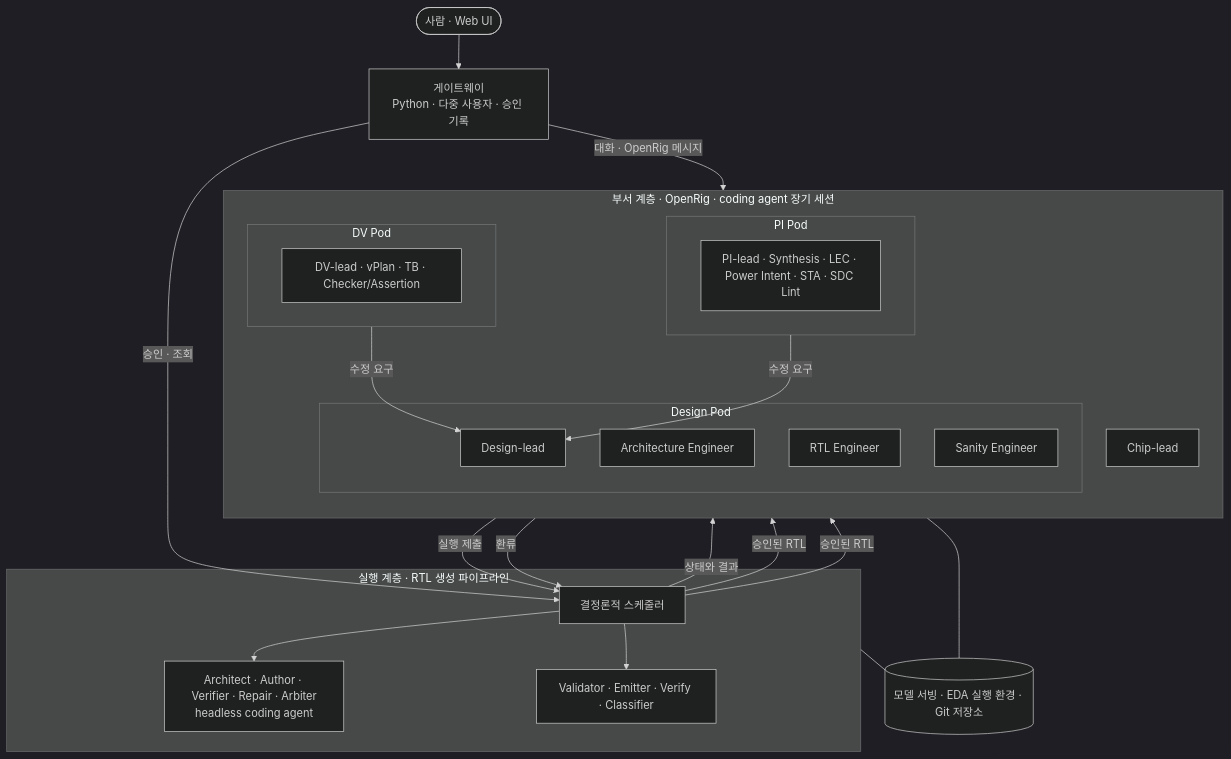
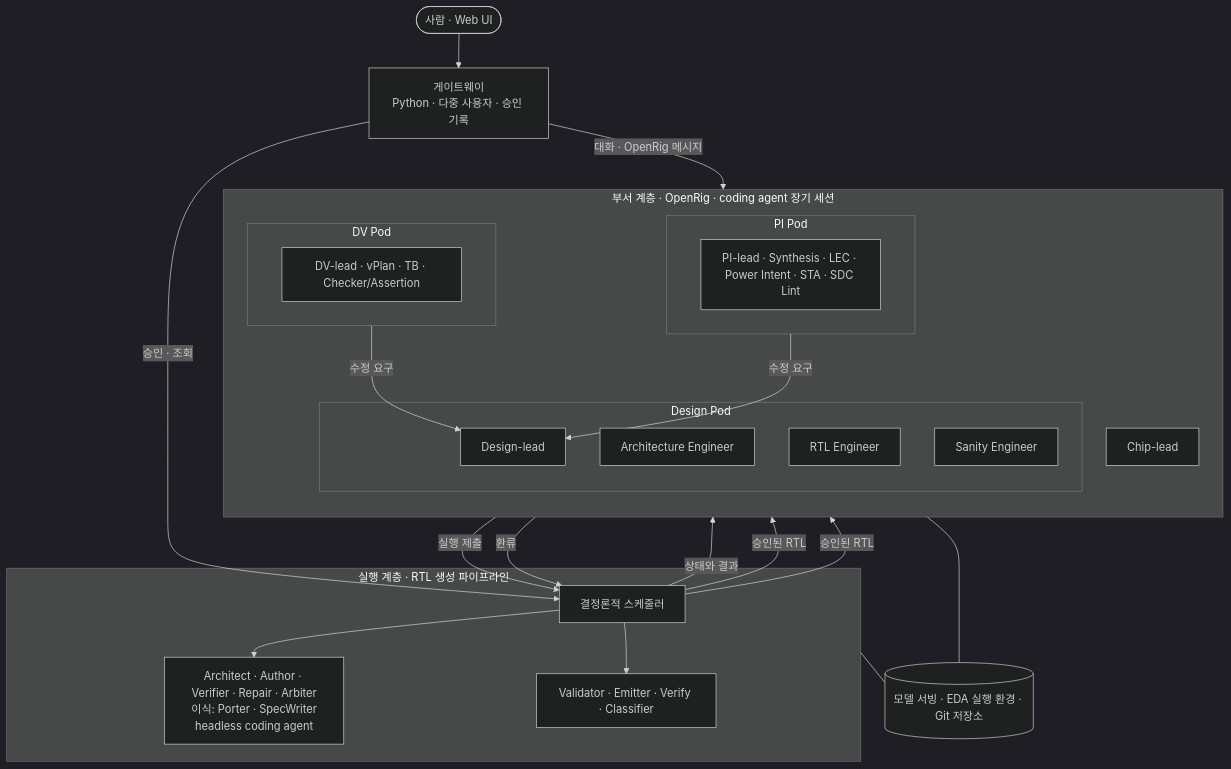
Before and after one commit to lee30806/chip-design-department: the first of 4 diagrams in ARCHITECTURE.md, drawn with Mermaid (dark theme). The commit also changed other lines of this file, not shown here.

First line of the commit message:
ARCHITECTURE: 원본 RTL에서 IR과 SPEC 만들기(이식 흐름) 반영

````diff
--- a/ARCHITECTURE.md
+++ b/ARCHITECTURE.md
@@ -31,43 +31,43 @@
 ```mermaid
 flowchart TB
   Human([사람 · Web UI])
   GW[게이트웨이<br/>Python · 다중 사용자 · 승인 기록]
 
   subgraph DEPT[부서 계층 · OpenRig · coding agent 장기 세션]
     direction TB
     CL[Chip-lead]
     subgraph DP[Design Pod]
       DL[Design-lead]
       AE[Architecture Engineer]
       RE[RTL Engineer]
       SE[Sanity Engineer]
     end
     subgraph DVP[DV Pod]
       DVL[DV-lead · vPlan · TB · Checker/Assertion]
     end
     subgraph PIP[PI Pod]
       PIL[PI-lead · Synthesis · LEC · Power Intent · STA · SDC Lint]
     end
   end
 
   subgraph EXEC[실행 계층 · RTL 생성 파이프라인]
     SCH[결정론적 스케줄러]
-    AG[Architect · Author · Verifier · Repair · Arbiter<br/>headless coding agent]
+    AG[Architect · Author · Verifier · Repair · Arbiter<br/>이식: Porter · SpecWriter<br/>headless coding agent]
     TL[Validator · Emitter · Verify · Classifier]
   end
 
   INFRA[(모델 서빙 · EDA 실행 환경 · Git 저장소)]
 
   Human --> GW
   GW -- 대화 · OpenRig 메시지 --> DEPT
   GW -- 승인 · 조회 --> SCH
   RE -- 실행 제출 --> SCH
   SCH -- 상태와 결과 --> DEPT
   DL -- 환류 --> SCH
   SCH --> AG & TL
   DVP -- 수정 요구 --> DL
   PIP -- 수정 요구 --> DL
   SCH -- 승인된 RTL --> DVP & PIP
   EXEC --- INFRA
   DEPT --- INFRA
 ```
````
